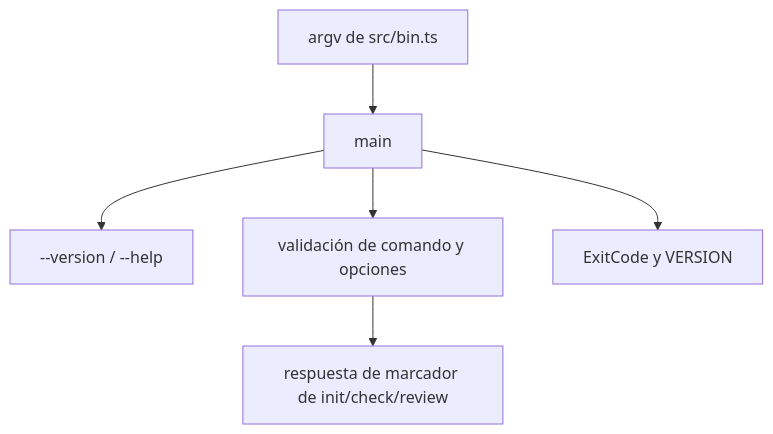
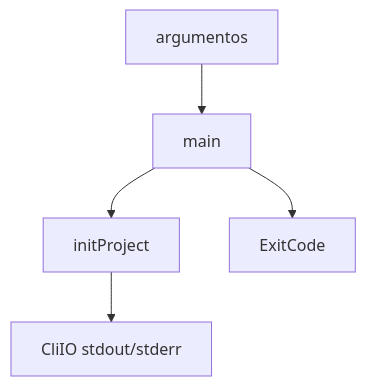
Before and after one commit to CodeLab614-AI/code-audit: the diagram in docs/es/3-code/020-cli.md, drawn with Mermaid. The commit also changed other lines of this file and 53 other files, not shown here.

````diff
--- a/docs/es/3-code/020-cli.md
+++ b/docs/es/3-code/020-cli.md
@@ -52,8 +27,7 @@
 ```mermaid
 flowchart TD
-    A["argv de src/bin.ts"] --> B["main"]
-    B --> C["--version / --help"]
-    B --> D["validación de comando y opciones"]
-    D --> E["respuesta de marcador de init/check/review"]
-    B --> F["ExitCode y VERSION"]
+    args["argumentos"] --> main["main"]
+    main --> init["initProject"]
+    init --> output["CliIO stdout/stderr"]
+    main --> codes["ExitCode"]
 ```
````
